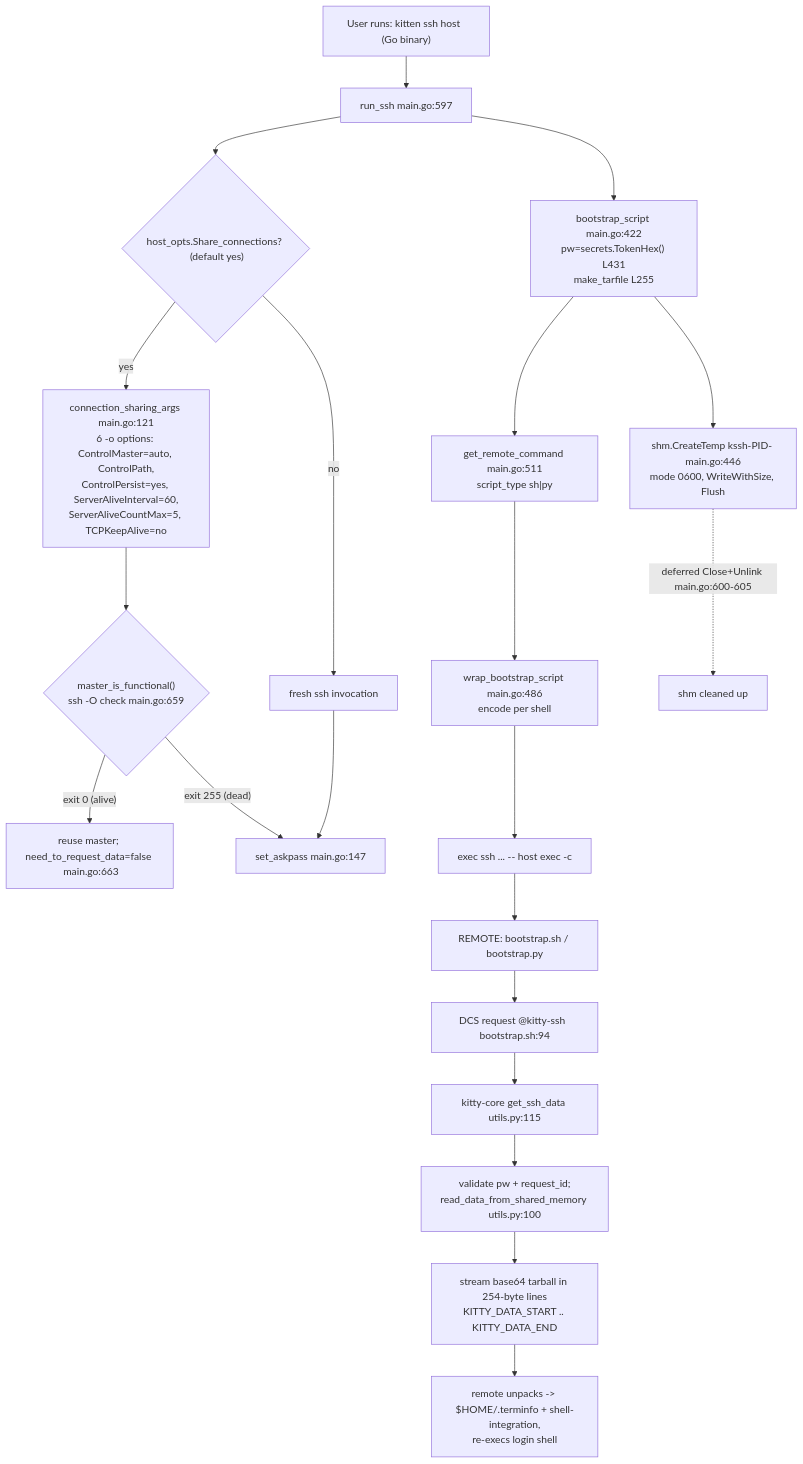
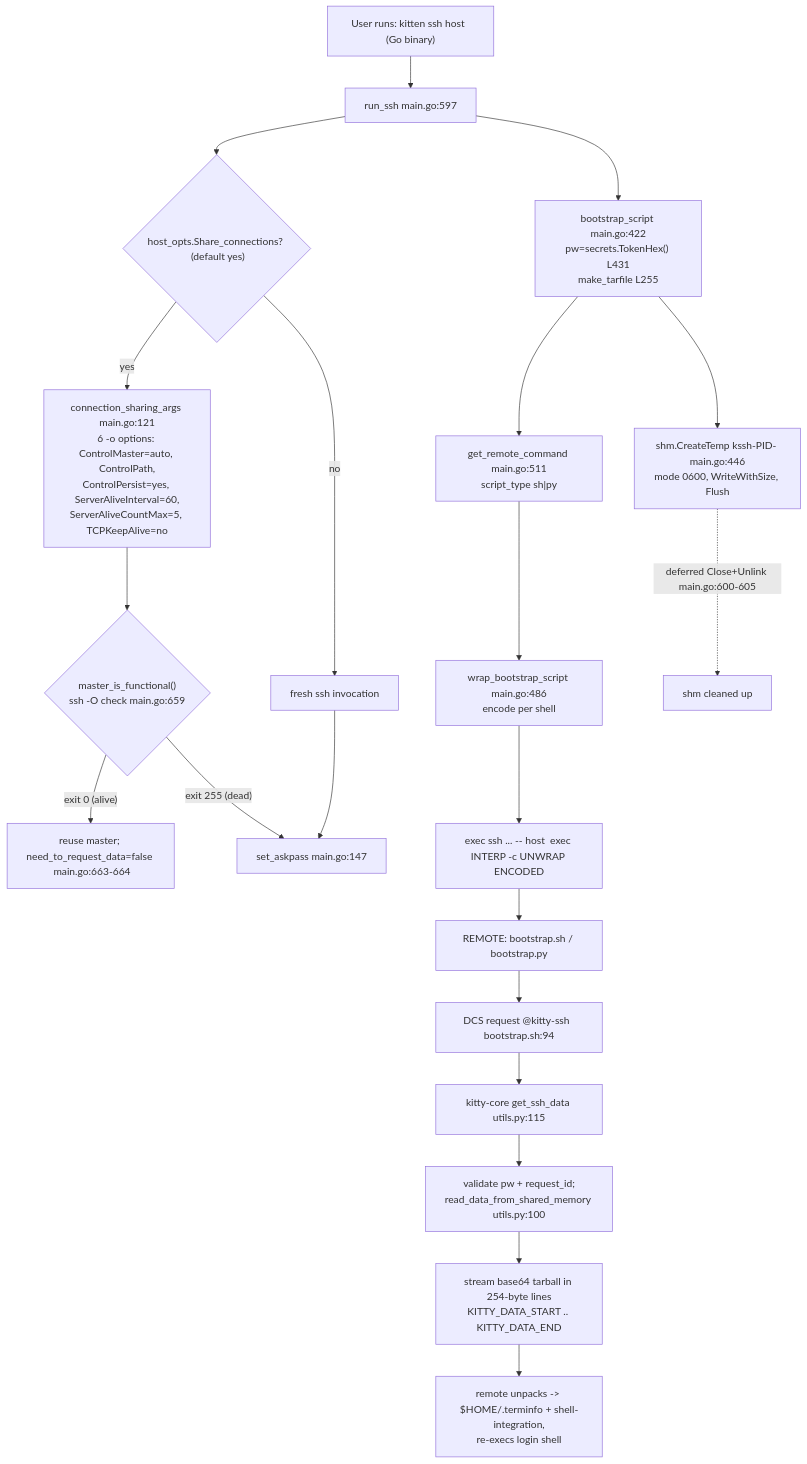
The diagram in blitzy/documentation/kitty_815df1e210e0.md (blitzy-research/kitty), drawn with Mermaid before and after one commit. The commit also changed other lines of this file, not shown here.

````diff
--- a/blitzy/documentation/kitty_815df1e210e0.md
+++ b/blitzy/documentation/kitty_815df1e210e0.md
@@ -40,23 +40,23 @@
 ```mermaid
 flowchart TD
     A["User runs: kitten ssh host  (Go binary)"] --> B["run_ssh  main.go:597"]
     B --> C{"host_opts.Share_connections?  (default yes)"}
     C -->|yes| D["connection_sharing_args main.go:121<br/>6 -o options: ControlMaster=auto, ControlPath,<br/>ControlPersist=yes, ServerAliveInterval=60,<br/>ServerAliveCountMax=5, TCPKeepAlive=no"]
     C -->|no| E["fresh ssh invocation"]
     D --> F{"master_is_functional()<br/>ssh -O check  main.go:659"}
-    F -->|"exit 0 (alive)"| G["reuse master; need_to_request_data=false  main.go:663"]
+    F -->|"exit 0 (alive)"| G["reuse master; need_to_request_data=false  main.go:663-664"]
     F -->|"exit 255 (dead)"| H["set_askpass main.go:147"]
     E --> H
     B --> I["bootstrap_script main.go:422<br/>pw=secrets.TokenHex() L431<br/>make_tarfile L255"]
     I --> J["shm.CreateTemp kssh-PID- main.go:446<br/>mode 0600, WriteWithSize, Flush"]
     I --> K["get_remote_command main.go:511<br/>script_type sh|py"]
     K --> L["wrap_bootstrap_script main.go:486<br/>encode per shell"]
-    L --> M["exec ssh ... -- host  exec <Interp> -c <unwrap> <encoded>"]
+    L --> M["exec ssh ... -- host  exec INTERP -c UNWRAP ENCODED"]
     M --> N["REMOTE: bootstrap.sh / bootstrap.py"]
     N --> O["DCS request @kitty-ssh  bootstrap.sh:94"]
     O --> P["kitty-core get_ssh_data utils.py:115"]
     P --> Q["validate pw + request_id;<br/>read_data_from_shared_memory utils.py:100"]
     Q --> R["stream base64 tarball in 254-byte lines<br/>KITTY_DATA_START .. KITTY_DATA_END"]
     R --> S["remote unpacks -> $HOME/.terminfo + shell-integration,<br/>re-execs login shell"]
     J -.->|"deferred Close+Unlink main.go:600-605"| T["shm cleaned up"]
 ```
````
